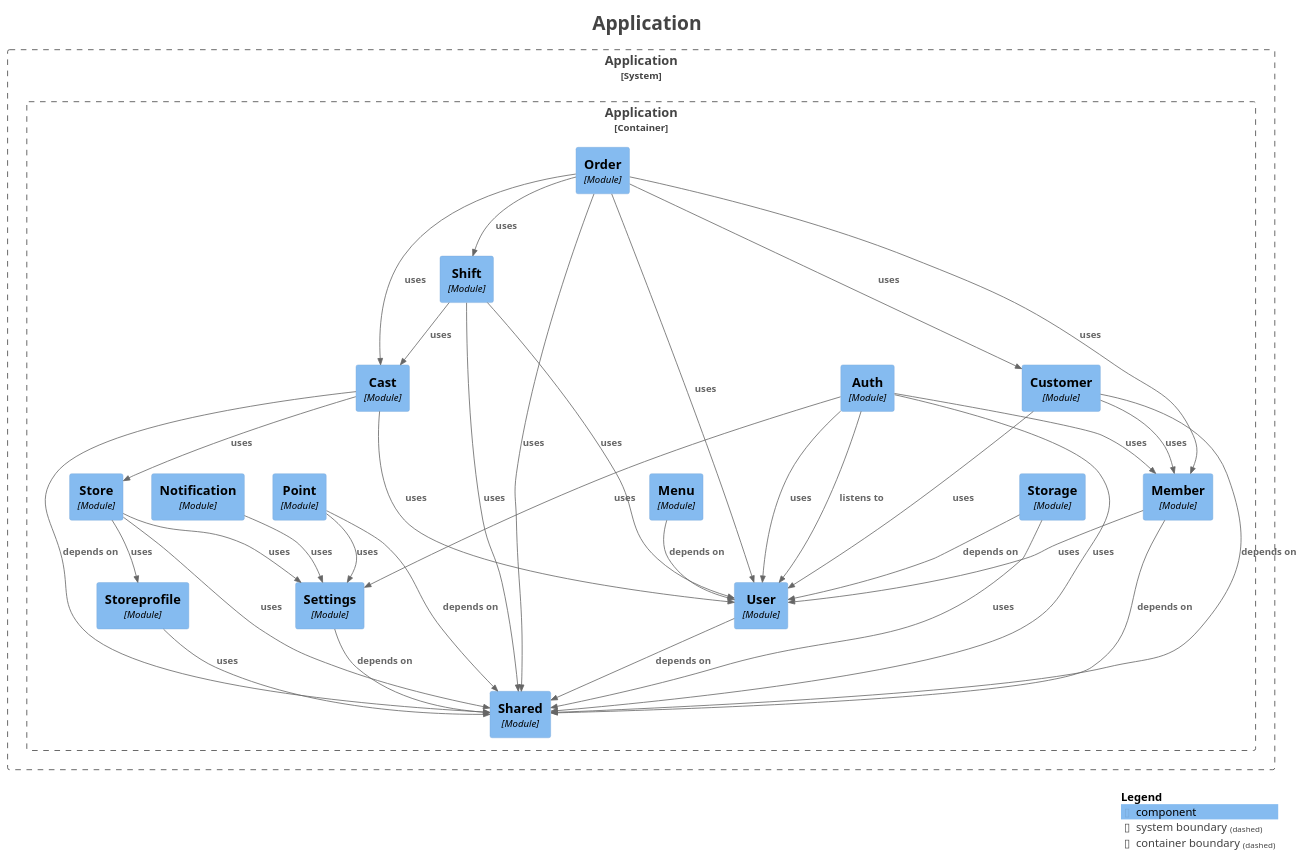
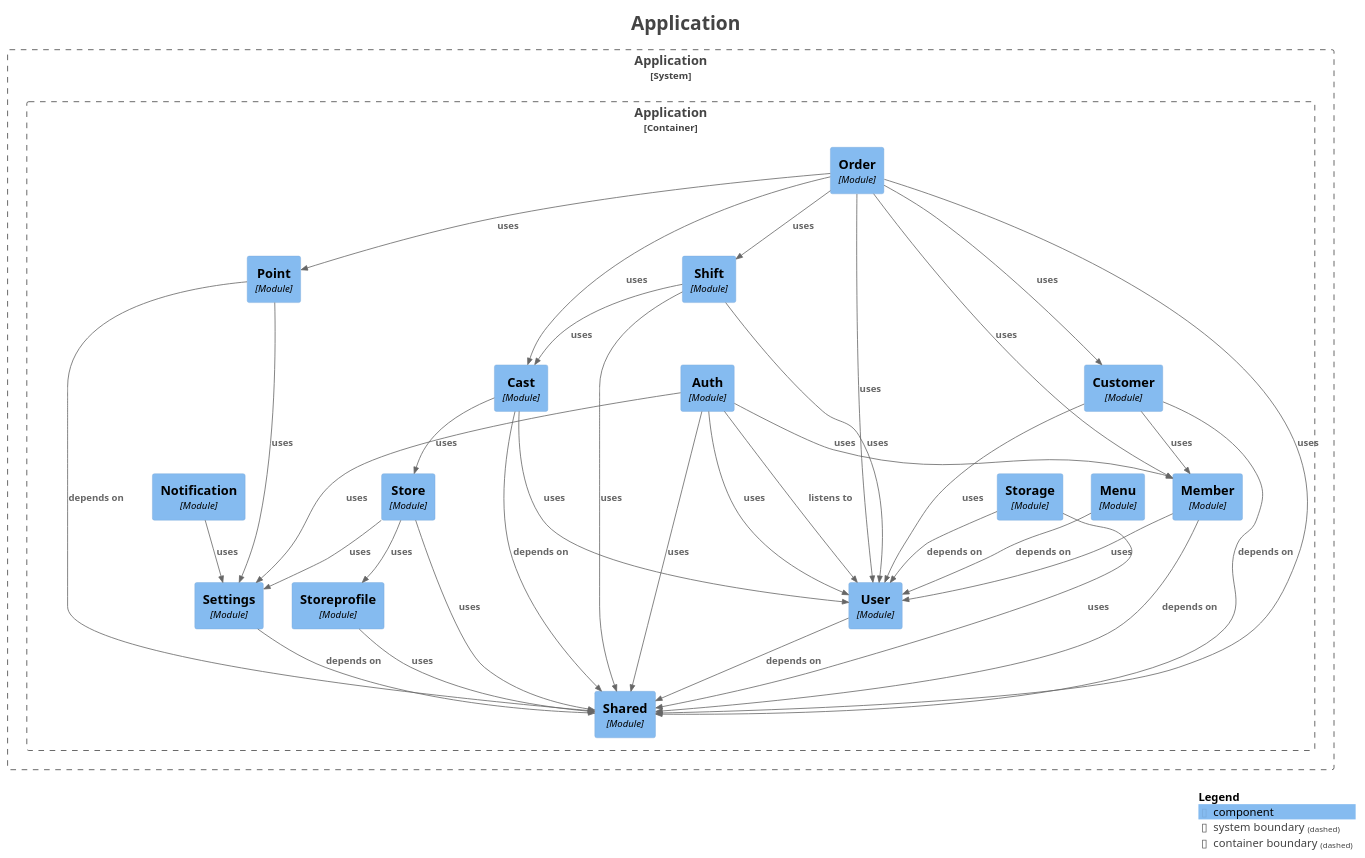
Before and after one commit to kanghouchao/Kizuna: the diagram in backend/docs/modulith/components.puml, drawn with PlantUML. The commit also changed 20 other files, not shown here.

```diff
--- a/backend/docs/modulith/components.puml
+++ b/backend/docs/modulith/components.puml
@@ -1,76 +1,77 @@
 @startuml
 title <size:24>Application</size>
 
 set separator none
 top to bottom direction
 
 <style>
   root {
     BackgroundColor: #ffffff
     FontColor: #444444
   }
 </style>
 
 !include <C4/C4>
 !include <C4/C4_Context>
 !include <C4/C4_Component>
 
 System_Boundary("Application_boundary", "Application", $tags="") {
   Container_Boundary("Application.Application_boundary", "Application", $tags="") {
     Component(Application.Application.Point, "Point", $techn="Module", $descr="", $tags="", $link="")
     Component(Application.Application.Storage, "Storage", $techn="Module", $descr="", $tags="", $link="")
     Component(Application.Application.Store, "Store", $techn="Module", $descr="", $tags="", $link="")
     Component(Application.Application.Auth, "Auth", $techn="Module", $descr="", $tags="", $link="")
     Component(Application.Application.Cast, "Cast", $techn="Module", $descr="", $tags="", $link="")
     Component(Application.Application.Customer, "Customer", $techn="Module", $descr="", $tags="", $link="")
     Component(Application.Application.Shift, "Shift", $techn="Module", $descr="", $tags="", $link="")
     Component(Application.Application.Order, "Order", $techn="Module", $descr="", $tags="", $link="")
     Component(Application.Application.Shared, "Shared", $techn="Module", $descr="", $tags="", $link="")
     Component(Application.Application.Settings, "Settings", $techn="Module", $descr="", $tags="", $link="")
     Component(Application.Application.Storeprofile, "Storeprofile", $techn="Module", $descr="", $tags="", $link="")
     Component(Application.Application.User, "User", $techn="Module", $descr="", $tags="", $link="")
     Component(Application.Application.Member, "Member", $techn="Module", $descr="", $tags="", $link="")
     Component(Application.Application.Menu, "Menu", $techn="Module", $descr="", $tags="", $link="")
     Component(Application.Application.Notification, "Notification", $techn="Module", $descr="", $tags="", $link="")
   }
 
 }
 
-Rel(Application.Application.Member, Application.Application.Shared, "depends on", $techn="", $tags="", $link="")
-Rel(Application.Application.Member, Application.Application.User, "uses", $techn="", $tags="", $link="")
+Rel(Application.Application.Menu, Application.Application.User, "depends on", $techn="", $tags="", $link="")
+Rel(Application.Application.Notification, Application.Application.Settings, "uses", $techn="", $tags="", $link="")
+Rel(Application.Application.Store, Application.Application.Storeprofile, "uses", $techn="", $tags="", $link="")
+Rel(Application.Application.Store, Application.Application.Settings, "uses", $techn="", $tags="", $link="")
+Rel(Application.Application.Store, Application.Application.Shared, "uses", $techn="", $tags="", $link="")
+Rel(Application.Application.Storage, Application.Application.User, "depends on", $techn="", $tags="", $link="")
+Rel(Application.Application.Storage, Application.Application.Shared, "uses", $techn="", $tags="", $link="")
+Rel(Application.Application.User, Application.Application.Shared, "depends on", $techn="", $tags="", $link="")
+Rel(Application.Application.Point, Application.Application.Shared, "depends on", $techn="", $tags="", $link="")
+Rel(Application.Application.Point, Application.Application.Settings, "uses", $techn="", $tags="", $link="")
+Rel(Application.Application.Auth, Application.Application.User, "listens to", $techn="", $tags="", $link="")
+Rel(Application.Application.Auth, Application.Application.User, "uses", $techn="", $tags="", $link="")
+Rel(Application.Application.Auth, Application.Application.Member, "uses", $techn="", $tags="", $link="")
+Rel(Application.Application.Auth, Application.Application.Shared, "uses", $techn="", $tags="", $link="")
+Rel(Application.Application.Auth, Application.Application.Settings, "uses", $techn="", $tags="", $link="")
 Rel(Application.Application.Cast, Application.Application.Shared, "depends on", $techn="", $tags="", $link="")
 Rel(Application.Application.Cast, Application.Application.User, "uses", $techn="", $tags="", $link="")
 Rel(Application.Application.Cast, Application.Application.Store, "uses", $techn="", $tags="", $link="")
-Rel(Application.Application.Shift, Application.Application.User, "uses", $techn="", $tags="", $link="")
-Rel(Application.Application.Shift, Application.Application.Cast, "uses", $techn="", $tags="", $link="")
-Rel(Application.Application.Shift, Application.Application.Shared, "uses", $techn="", $tags="", $link="")
-Rel(Application.Application.Point, Application.Application.Shared, "depends on", $techn="", $tags="", $link="")
-Rel(Application.Application.Point, Application.Application.Settings, "uses", $techn="", $tags="", $link="")
-Rel(Application.Application.Storeprofile, Application.Application.Shared, "uses", $techn="", $tags="", $link="")
-Rel(Application.Application.Notification, Application.Application.Settings, "uses", $techn="", $tags="", $link="")
 Rel(Application.Application.Order, Application.Application.Customer, "uses", $techn="", $tags="", $link="")
 Rel(Application.Application.Order, Application.Application.User, "uses", $techn="", $tags="", $link="")
 Rel(Application.Application.Order, Application.Application.Member, "uses", $techn="", $tags="", $link="")
 Rel(Application.Application.Order, Application.Application.Shift, "uses", $techn="", $tags="", $link="")
 Rel(Application.Application.Order, Application.Application.Shared, "uses", $techn="", $tags="", $link="")
 Rel(Application.Application.Order, Application.Application.Cast, "uses", $techn="", $tags="", $link="")
+Rel(Application.Application.Order, Application.Application.Point, "uses", $techn="", $tags="", $link="")
+Rel(Application.Application.Settings, Application.Application.Shared, "depends on", $techn="", $tags="", $link="")
+Rel(Application.Application.Shift, Application.Application.User, "uses", $techn="", $tags="", $link="")
+Rel(Application.Application.Shift, Application.Application.Cast, "uses", $techn="", $tags="", $link="")
+Rel(Application.Application.Shift, Application.Application.Shared, "uses", $techn="", $tags="", $link="")
+Rel(Application.Application.Storeprofile, Application.Application.Shared, "uses", $techn="", $tags="", $link="")
+Rel(Application.Application.Member, Application.Application.Shared, "depends on", $techn="", $tags="", $link="")
+Rel(Application.Application.Member, Application.Application.User, "uses", $techn="", $tags="", $link="")
 Rel(Application.Application.Customer, Application.Application.Shared, "depends on", $techn="", $tags="", $link="")
 Rel(Application.Application.Customer, Application.Application.Member, "uses", $techn="", $tags="", $link="")
 Rel(Application.Application.Customer, Application.Application.User, "uses", $techn="", $tags="", $link="")
-Rel(Application.Application.Store, Application.Application.Storeprofile, "uses", $techn="", $tags="", $link="")
-Rel(Application.Application.Store, Application.Application.Settings, "uses", $techn="", $tags="", $link="")
-Rel(Application.Application.Store, Application.Application.Shared, "uses", $techn="", $tags="", $link="")
-Rel(Application.Application.User, Application.Application.Shared, "depends on", $techn="", $tags="", $link="")
-Rel(Application.Application.Storage, Application.Application.User, "depends on", $techn="", $tags="", $link="")
-Rel(Application.Application.Storage, Application.Application.Shared, "uses", $techn="", $tags="", $link="")
-Rel(Application.Application.Menu, Application.Application.User, "depends on", $techn="", $tags="", $link="")
-Rel(Application.Application.Settings, Application.Application.Shared, "depends on", $techn="", $tags="", $link="")
-Rel(Application.Application.Auth, Application.Application.User, "listens to", $techn="", $tags="", $link="")
-Rel(Application.Application.Auth, Application.Application.User, "uses", $techn="", $tags="", $link="")
-Rel(Application.Application.Auth, Application.Application.Member, "uses", $techn="", $tags="", $link="")
-Rel(Application.Application.Auth, Application.Application.Shared, "uses", $techn="", $tags="", $link="")
-Rel(Application.Application.Auth, Application.Application.Settings, "uses", $techn="", $tags="", $link="")
 
 SHOW_LEGEND(true)
 hide stereotypes
 @enduml
```
